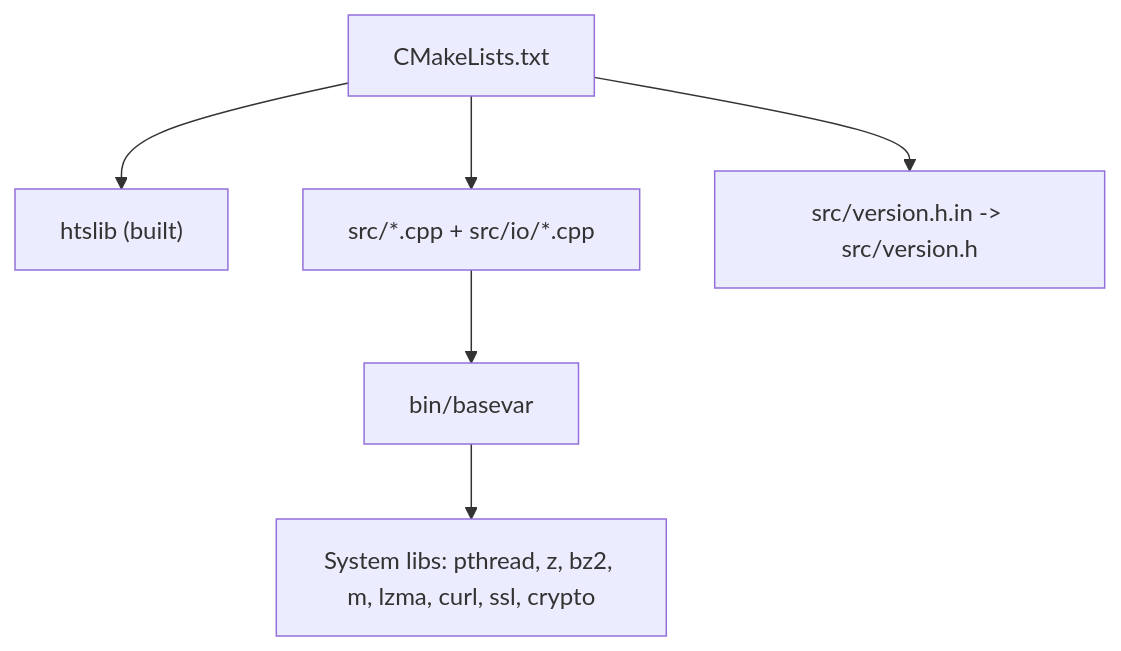
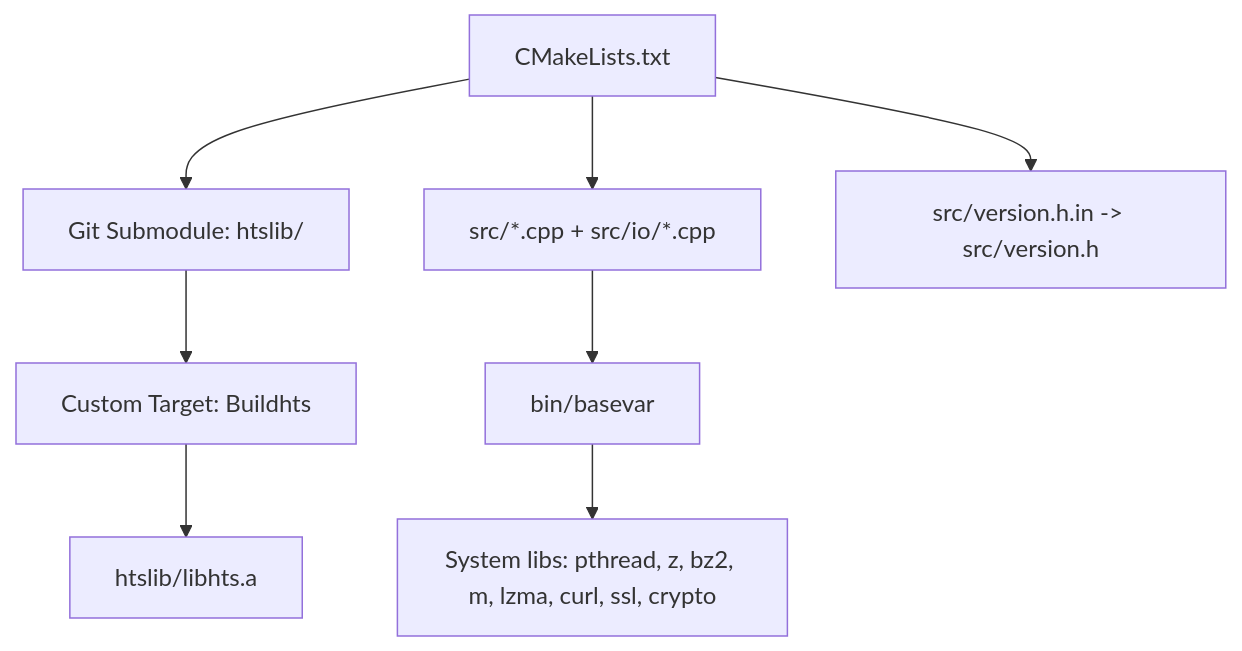
Before and after one commit to ShujiaHuang/BaseVar2: the ninth of 9 diagrams in .qoder/repowiki/en/content/Developer Guide.md, drawn with Mermaid. The commit also changed other lines of this file and 6 other files, not shown here.

````diff
--- a/.qoder/repowiki/en/content/Developer Guide.md
+++ b/.qoder/repowiki/en/content/Developer Guide.md
@@ -316,8 +333,10 @@
 ```mermaid
 graph TB
-CMake["CMakeLists.txt"] --> Htslib["htslib (built)"]
+CMake["CMakeLists.txt"] --> Submodule["Git Submodule: htslib/"]
+Submodule --> BuildTarget["Custom Target: Buildhts"]
+BuildTarget --> Htslib["htslib/libhts.a"]
 CMake --> Src["src/*.cpp + src/io/*.cpp"]
 Src --> Bin["bin/basevar"]
 CMake --> Ver["src/version.h.in -> src/version.h"]
 Bin --> SysLibs["System libs: pthread, z, bz2, m, lzma, curl, ssl, crypto"]
 ```
````
